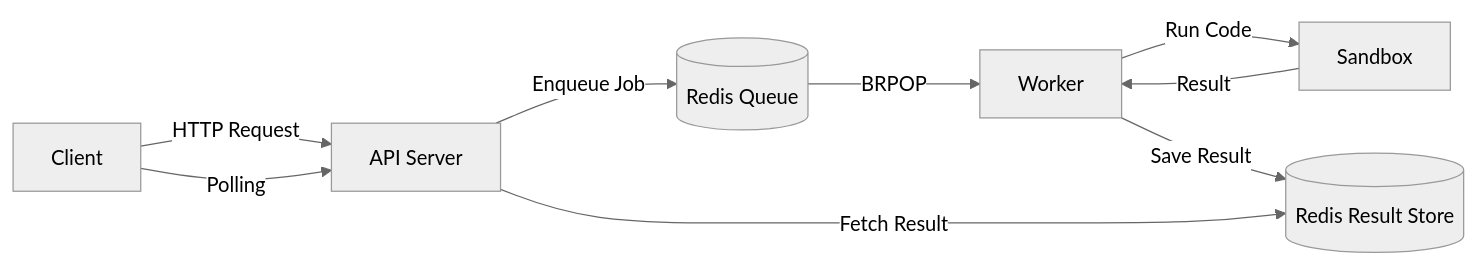
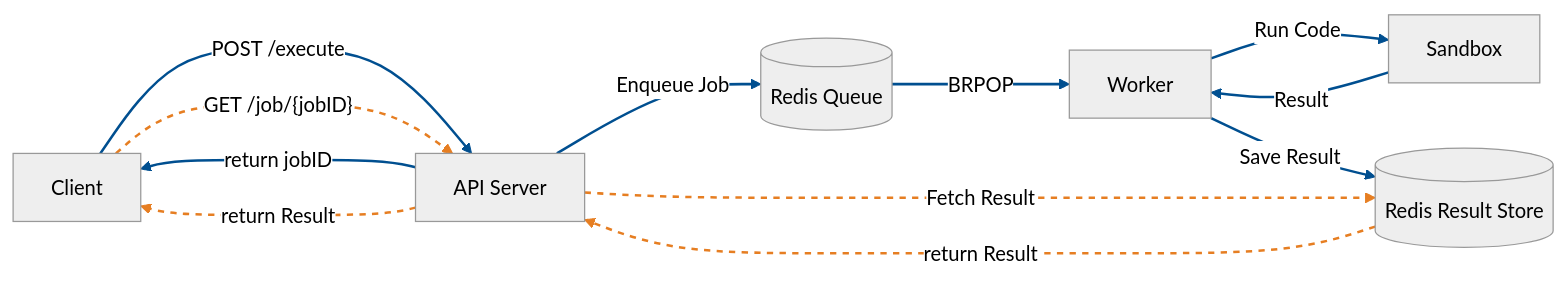
The first of 4 diagrams in docs/architecture.md (ljweel/OnPyRunner), drawn with Mermaid (neutral theme) before and after one commit. The commit also changed other lines of this file, not shown here.

````diff
--- a/docs/architecture.md
+++ b/docs/architecture.md
@@ -2,12 +2,22 @@
 ```mermaid
 flowchart LR
-    Client -->|HTTP Request| API[API Server]
+    %% Request Flow (먼저 선언 → 위쪽 배치)
+    Client -->|POST /execute| API[API Server]
+    API -->|return jobID| Client
     API -->|Enqueue Job| Redis[(Redis Queue)]
     Redis -->|BRPOP| Worker
     Worker -->|Run Code| Sandbox
     Sandbox -->|Result| Worker
     Worker -->|Save Result| RedisResult[(Redis Result Store)]
-    Client -->|Polling| API
-    API -->|Fetch Result| RedisResult
 
+    %% Polling Flow (나중 선언 → 아래쪽 배치)
+    Client -..->|"GET /job/{jobID}"| API
+    API -..->|Fetch Result| RedisResult
+    RedisResult -..->|return Result| API
+    API -..->|return Result| Client
+
+    %% 0~6: Request Flow (파란 실선)
+    linkStyle 0,1,2,3,4,5,6 stroke:#004F90,stroke-width:2px
+    %% 7~10: Polling Flow (주황 점선)
+    linkStyle 7,8,9,10 stroke:#E67E22,stroke-width:2px,stroke-dasharray:5 5
 ```
````
